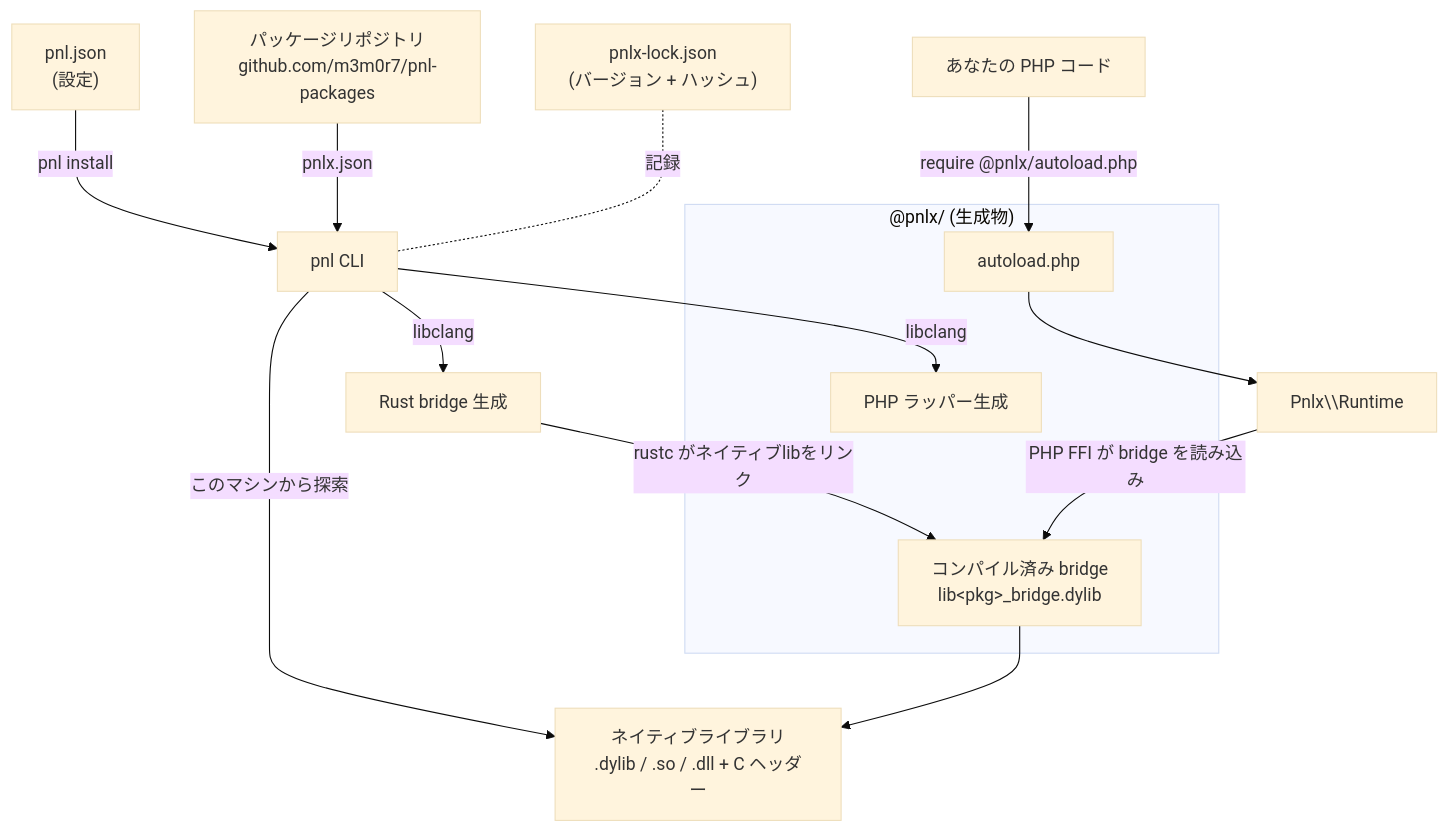
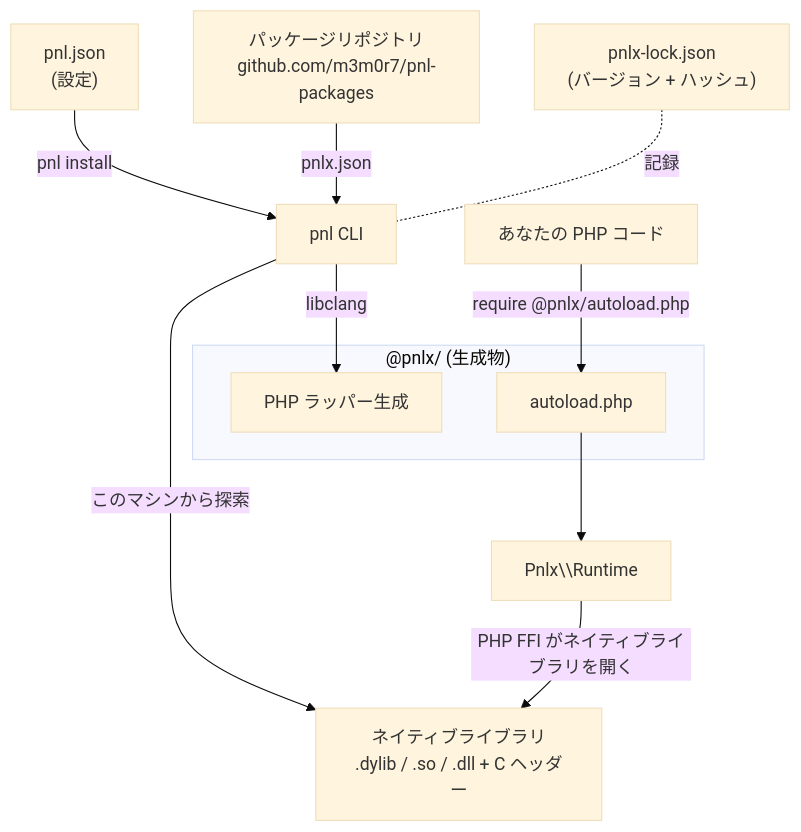
Before and after one commit to m3m0r7/pnl: the diagram in docs/ja/overview.md, drawn with Mermaid (base theme). The commit also changed other lines of this file and 187 other files, not shown here.

````diff
--- a/docs/ja/overview.md
+++ b/docs/ja/overview.md
@@ -55,19 +54,15 @@
 ```mermaid
 flowchart TD
     A["pnl.json<br/>(設定)"] -->|pnl install| B[pnl CLI]
     R["パッケージリポジトリ<br/>github.com/m3m0r7/pnl-packages"] -->|pnlx.json| B
     B -->|このマシンから探索| C["ネイティブライブラリ<br/>.dylib / .so / .dll + C ヘッダー"]
     B -->|libclang| D[PHP ラッパー生成]
-    B -->|libclang| E[Rust bridge 生成]
-    E -->|rustc がネイティブlibをリンク| F["コンパイル済み bridge<br/>lib&lt;pkg&gt;_bridge.dylib"]
     subgraph W["@pnlx/ (生成物)"]
         D
-        F
         AL[autoload.php]
     end
     L["pnlx-lock.json<br/>(バージョン + ハッシュ)"] -.記録.- B
     G["あなたの PHP コード"] -->|require @pnlx/autoload.php| AL
     AL --> H["Pnlx\\Runtime"]
-    H -->|PHP FFI が bridge を読み込み| F
-    F --> C
+    H -->|PHP FFI がネイティブライブラリを開く| C
 ```
````
